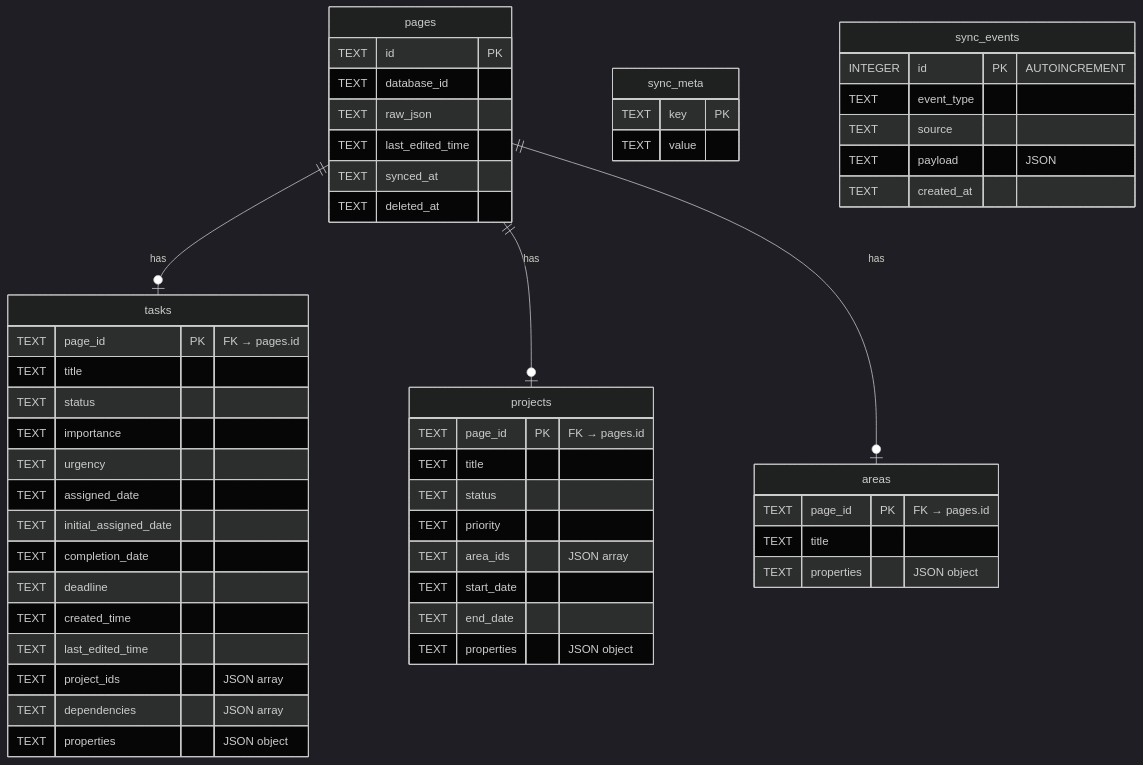
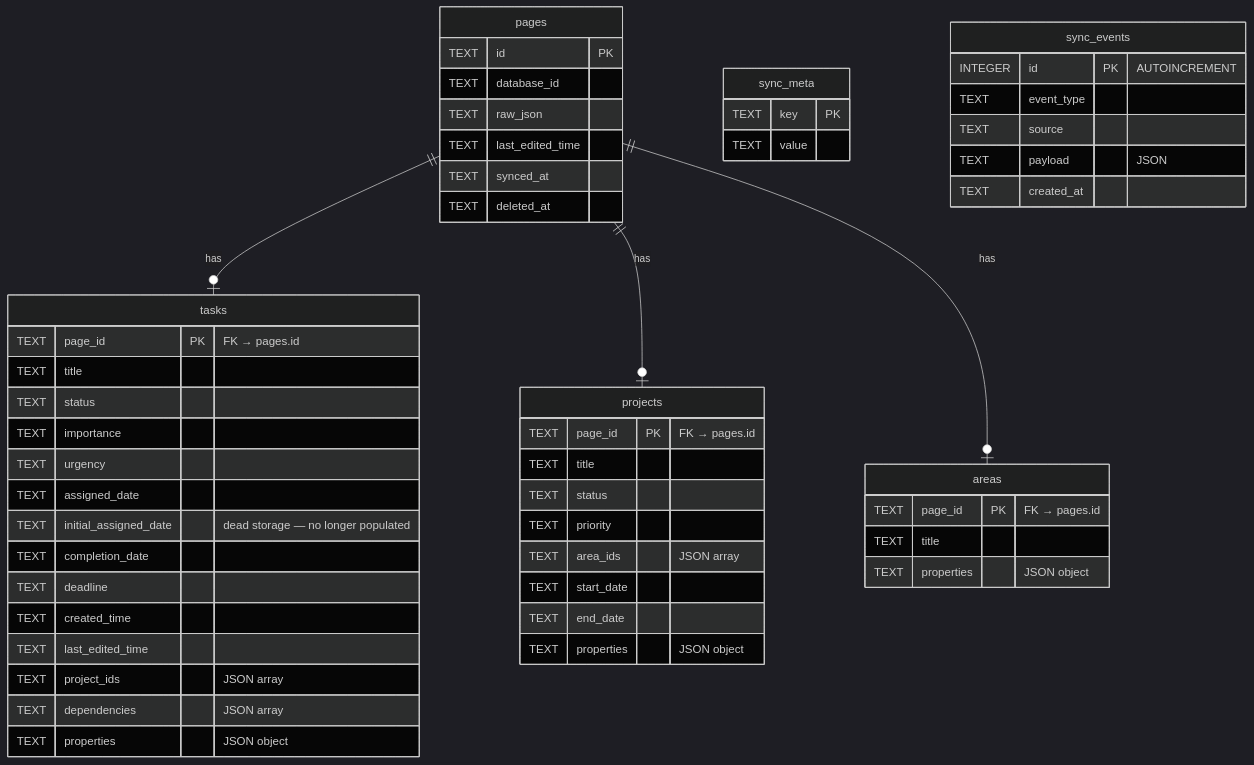
The diagram in app/docs/backend/database-schema.md (geoffyli/my-task-management), drawn with Mermaid (dark theme) before and after one commit. The commit also changed other lines of this file and 42 other files, not shown here.

First line of the commit message:
refactor: remove Initial Assigned Date field and all related logic

````diff
--- a/app/docs/backend/database-schema.md
+++ b/app/docs/backend/database-schema.md
@@ -30,62 +30,62 @@
 ```mermaid
 erDiagram
     pages ||--o| tasks : "has"
     pages ||--o| projects : "has"
     pages ||--o| areas : "has"
     
     pages {
         TEXT id PK
         TEXT database_id
         TEXT raw_json
         TEXT last_edited_time
         TEXT synced_at
         TEXT deleted_at
     }
     
     tasks {
         TEXT page_id PK "FK → pages.id"
         TEXT title
         TEXT status
         TEXT importance
         TEXT urgency
         TEXT assigned_date
-        TEXT initial_assigned_date
+        TEXT initial_assigned_date "dead storage — no longer populated"
         TEXT completion_date
         TEXT deadline
         TEXT created_time
         TEXT last_edited_time
         TEXT project_ids "JSON array"
         TEXT dependencies "JSON array"
         TEXT properties "JSON object"
     }
     
     projects {
         TEXT page_id PK "FK → pages.id"
         TEXT title
         TEXT status
         TEXT priority
         TEXT area_ids "JSON array"
         TEXT start_date
         TEXT end_date
         TEXT properties "JSON object"
     }
     
     areas {
         TEXT page_id PK "FK → pages.id"
         TEXT title
         TEXT properties "JSON object"
     }
     
     sync_meta {
         TEXT key PK
         TEXT value
     }
     
     sync_events {
         INTEGER id PK "AUTOINCREMENT"
         TEXT event_type
         TEXT source
         TEXT payload "JSON"
         TEXT created_at
     }
 ```
````
